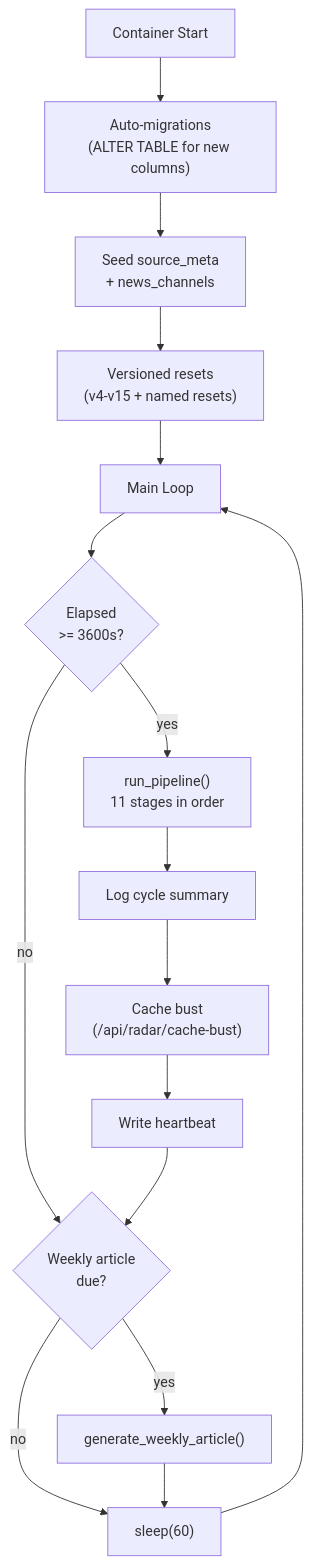
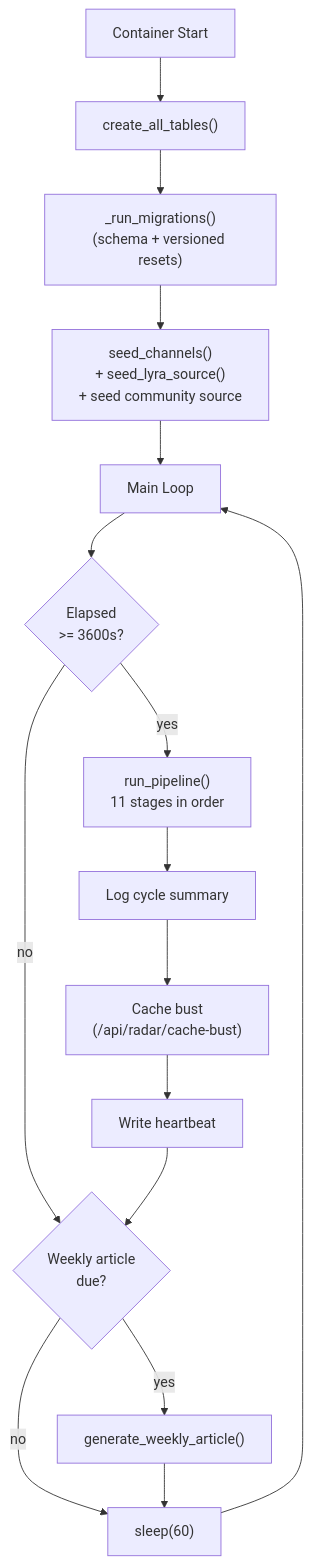
The sixth of 7 diagrams in docs/lyra-pipeline.md (ancientnerds/AncientMap), drawn with Mermaid before and after one commit. The commit also changed other lines of this file, not shown here.

First line of the commit message:
docs: full content audit of lyra-pipeline.md

````diff
--- a/docs/lyra-pipeline.md
+++ b/docs/lyra-pipeline.md
@@ -398,21 +430,21 @@
 ```mermaid
 flowchart TD
-    BOOT["Container Start"] --> MIG["Auto-migrations\n(ALTER TABLE for new columns)"]
-    MIG --> SEED["Seed source_meta\n+ news_channels"]
-    SEED --> RESET["Versioned resets\n(v4-v15 + named resets)"]
-    RESET --> LOOP["Main Loop"]
+    BOOT["Container Start"] --> TABLES["create_all_tables()"]
+    TABLES --> MIG["_run_migrations()\n(schema + versioned resets)"]
+    MIG --> SEED["seed_channels()\n+ seed_lyra_source()\n+ seed community source"]
+    SEED --> LOOP["Main Loop"]
 
     LOOP --> CHECK{"Elapsed\n>= 3600s?"}
     CHECK -->|yes| RUN["run_pipeline()\n11 stages in order"]
     CHECK -->|no| ART{"Weekly article\ndue?"}
 
     RUN --> SUMMARY["Log cycle summary"]
     SUMMARY --> BUST["Cache bust\n(/api/radar/cache-bust)"]
     BUST --> HEART["Write heartbeat"]
     HEART --> ART
 
     ART -->|yes| GEN["generate_weekly_article()"]
     ART -->|no| SLEEP["sleep(60)"]
     GEN --> SLEEP
     SLEEP --> LOOP
 ```
````
